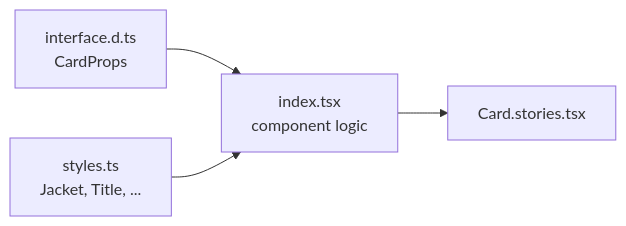
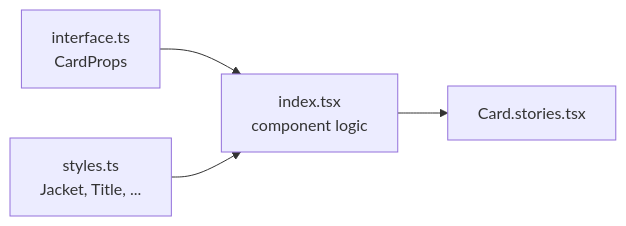
One commit to 12-Studio/Tackl changed the first of 2 diagrams in docs/Tackl/WritingComponents.md. Above: the diagram before and after it, drawn with Mermaid. The commit also changed other lines of this file and 24 other files, not shown here.

````diff
--- a/docs/Tackl/WritingComponents.md
+++ b/docs/Tackl/WritingComponents.md
@@ -17,6 +17,6 @@
 ```mermaid
 flowchart LR
-    I[interface.d.ts\nCardProps] --> C[index.tsx\ncomponent logic]
+    I[interface.ts\nCardProps] --> C[index.tsx\ncomponent logic]
     S[styles.ts\nJacket, Title, ...] --> C
     C --> ST[Card.stories.tsx]
 ```
````
